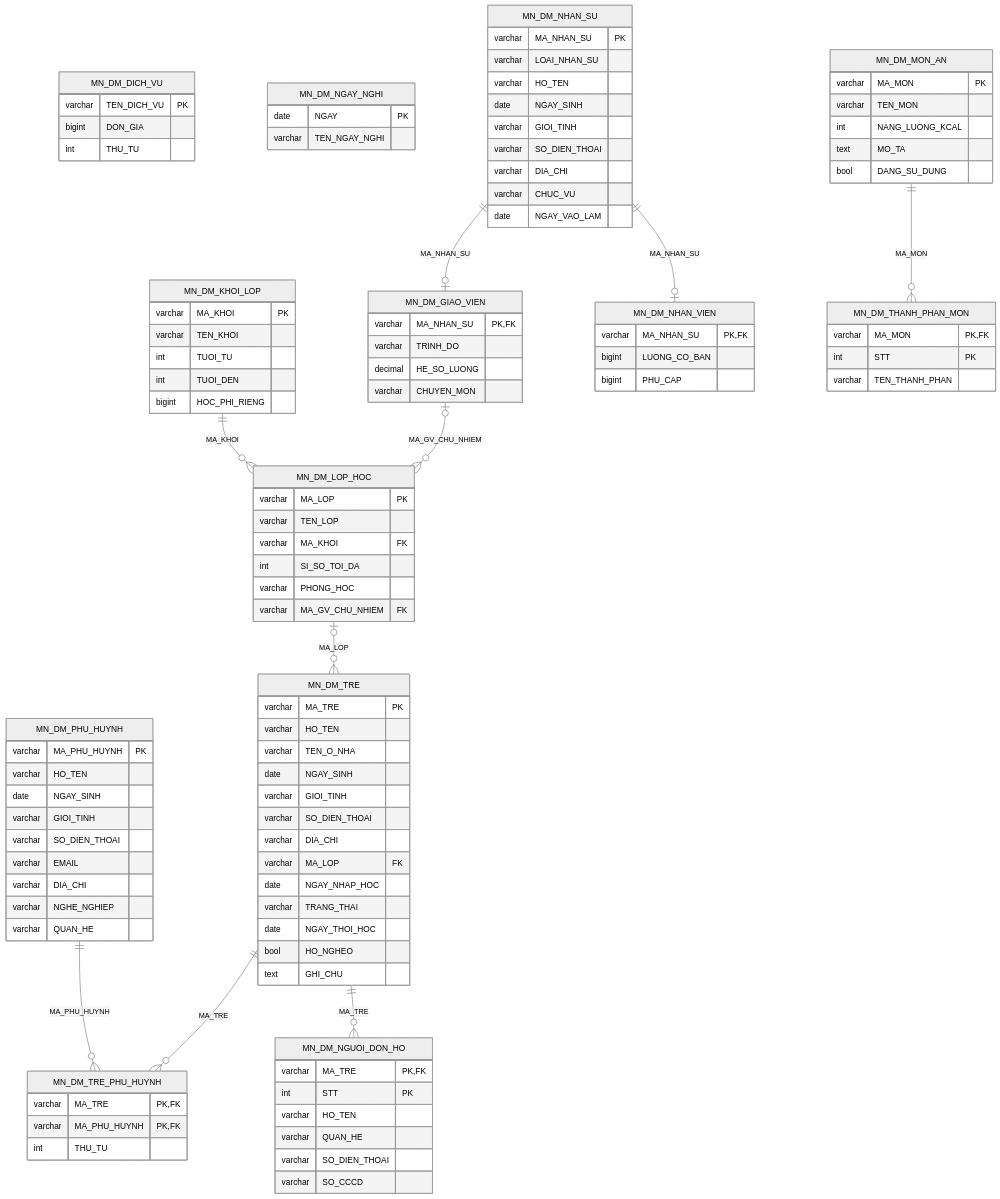
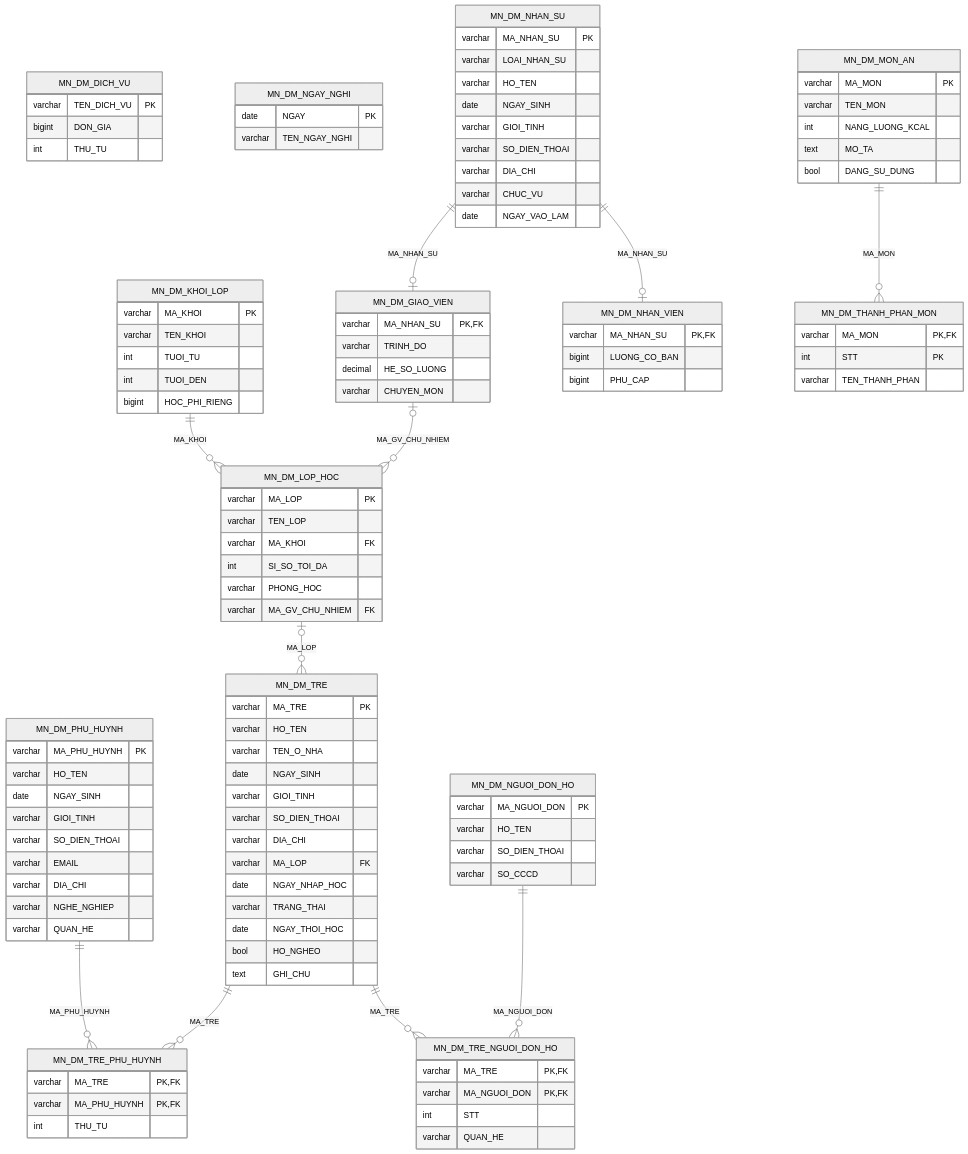
One commit to PhuPA26/Kindergarten-Management-System changed the second of 4 diagrams in Database/thiet_ke_csdl.md. Above: the diagram before and after it, drawn with Mermaid (neutral theme). The commit also changed other lines of this file and 18 other files, not shown here.

````diff
--- a/Database/thiet_ke_csdl.md
+++ b/Database/thiet_ke_csdl.md
@@ -225,12 +233,16 @@
         int THU_TU
     }
     MN_DM_NGUOI_DON_HO {
-        varchar MA_TRE PK,FK
-        int STT PK
+        varchar MA_NGUOI_DON PK
         varchar HO_TEN
-        varchar QUAN_HE
         varchar SO_DIEN_THOAI
         varchar SO_CCCD
+    }
+    MN_DM_TRE_NGUOI_DON_HO {
+        varchar MA_TRE PK,FK
+        varchar MA_NGUOI_DON PK,FK
+        int STT
+        varchar QUAN_HE
     }
     MN_DM_MON_AN {
         varchar MA_MON PK
@@ -251,6 +263,7 @@
     MN_DM_LOP_HOC |o--o{ MN_DM_TRE : "MA_LOP"
     MN_DM_TRE ||--o{ MN_DM_TRE_PHU_HUYNH : "MA_TRE"
     MN_DM_PHU_HUYNH ||--o{ MN_DM_TRE_PHU_HUYNH : "MA_PHU_HUYNH"
-    MN_DM_TRE ||--o{ MN_DM_NGUOI_DON_HO : "MA_TRE"
+    MN_DM_TRE ||--o{ MN_DM_TRE_NGUOI_DON_HO : "MA_TRE"
+    MN_DM_NGUOI_DON_HO ||--o{ MN_DM_TRE_NGUOI_DON_HO : "MA_NGUOI_DON"
     MN_DM_MON_AN ||--o{ MN_DM_THANH_PHAN_MON : "MA_MON"
 ```
````
